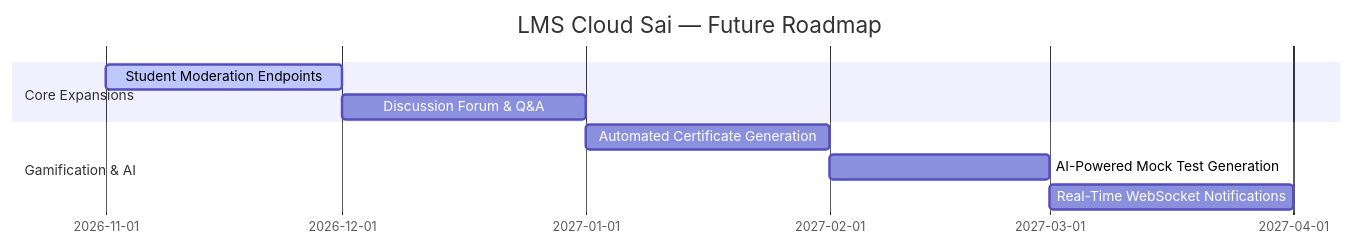
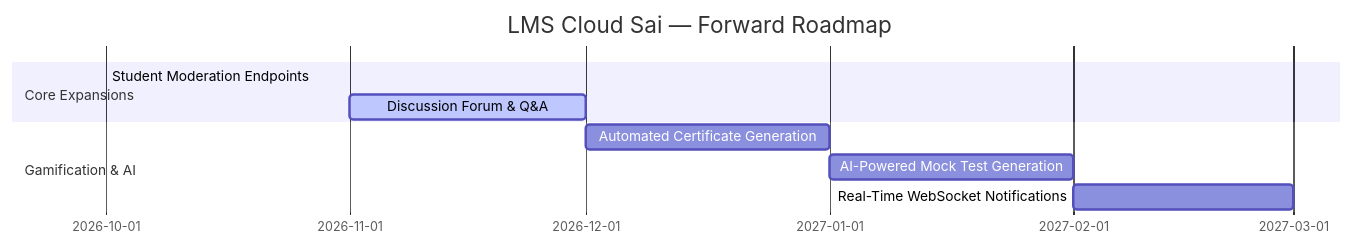
The diagram in docs/phases.md (Sairitik008/LMS-cloud-sai), drawn with Mermaid before and after one commit. The commit also changed other lines of this file and 6 other files, not shown here.

````diff
--- a/docs/phases.md
+++ b/docs/phases.md
@@ -144,12 +88,12 @@
 ```mermaid
 gantt
-    title LMS Cloud Sai — Future Roadmap
+    title LMS Cloud Sai — Forward Roadmap
     dateFormat  YYYY-MM
     section Core Expansions
-    Student Moderation Endpoints       :active, 2026-11, 2026-12
-    Discussion Forum & Q&A             :2026-12, 2027-01
+    Student Moderation Endpoints       :done, 2026-10, 2026-10
+    Discussion Forum & Q&A             :active, 2026-11, 2026-12
     section Gamification & AI
-    Automated Certificate Generation   :2027-01, 2027-02
-    AI-Powered Mock Test Generation    :2027-02, 2027-03
-    Real-Time WebSocket Notifications  :2027-03, 2027-04
+    Automated Certificate Generation   :2026-12, 2027-01
+    AI-Powered Mock Test Generation    :2027-01, 2027-02
+    Real-Time WebSocket Notifications  :2027-02, 2027-03
 ```
````
